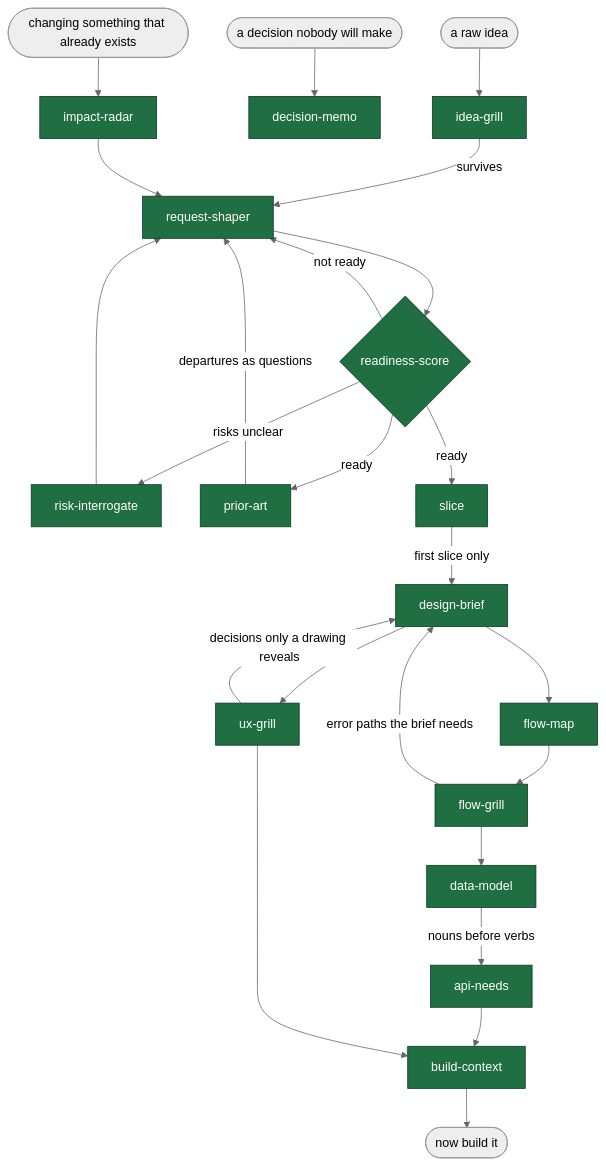
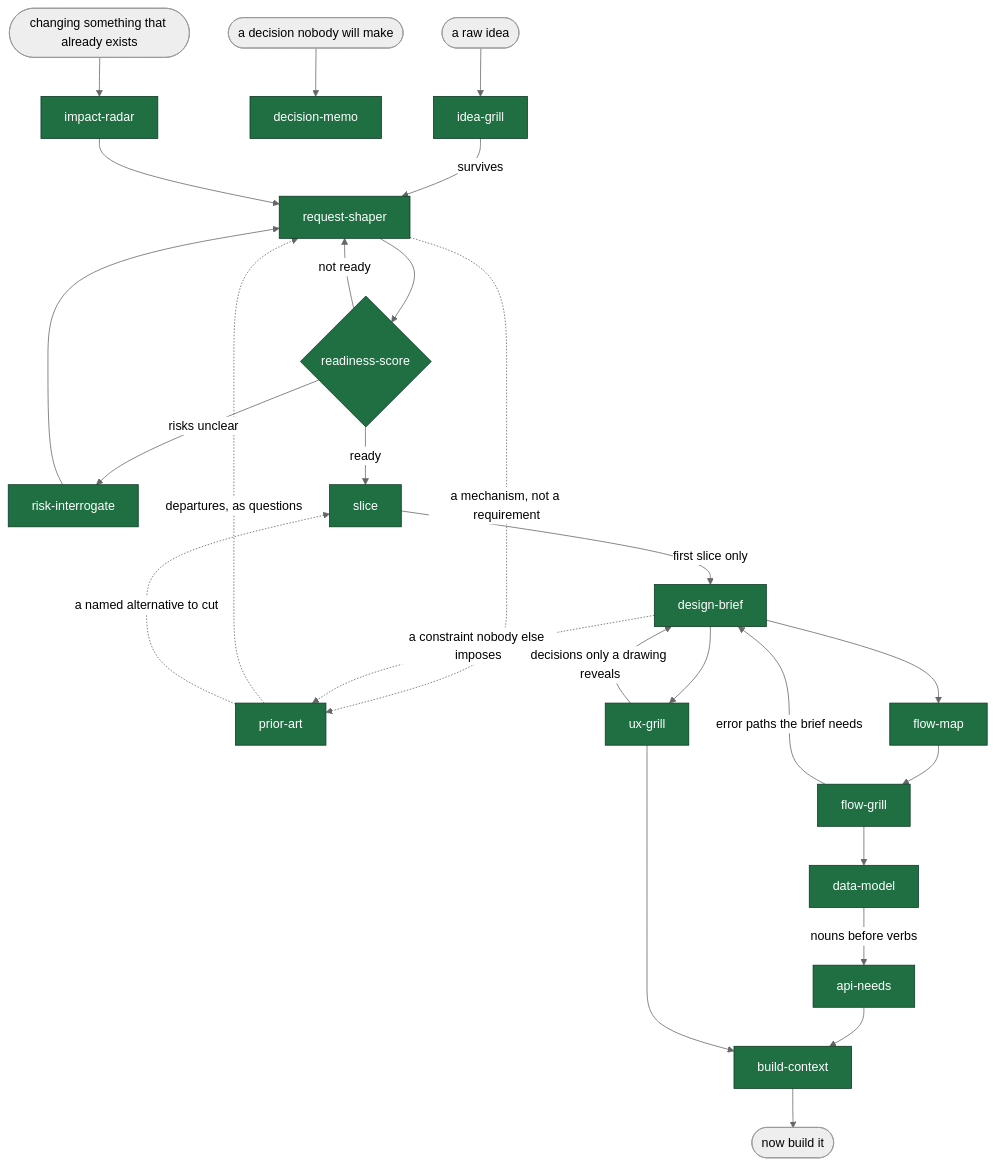
The diagram in README.md (ratipcan-uysal/before-you-build), drawn with Mermaid (neutral theme) before and after one commit. The commit also changed other lines of this file and 3 other files, not shown here.

First line of the commit message:
prior-art: say who calls it and where the output goes

````diff
--- a/README.md
+++ b/README.md
@@ -39,30 +40,32 @@
 ```mermaid
 flowchart TD
     idea([a raw idea]) --> IG[idea-grill]
     IG -->|survives| RS[request-shaper]
     RS --> SC{readiness-score}
     SC -->|not ready| RS
     SC -->|risks unclear| RI[risk-interrogate]
     RI --> RS
-    SC -->|ready| PA[prior-art]
-    PA -->|departures as questions| RS
     SC -->|ready| SL[slice]
     SL -->|first slice only| DB[design-brief]
+    RS -.->|a mechanism, not a requirement| PA[prior-art]
+    DB -.->|a constraint nobody else imposes| PA
+    PA -.->|departures, as questions| RS
+    PA -.->|a named alternative to cut| SL
     DB --> UX[ux-grill]
     UX -->|decisions only a drawing reveals| DB
     DB --> FM[flow-map]
     FM --> FG[flow-grill]
     FG -->|error paths the brief needs| DB
     FG --> DMO[data-model]
     DMO -->|nouns before verbs| AN[api-needs]
     AN --> BC[build-context]
     UX --> BC
     BC --> out([now build it])
     blocked([a decision nobody will make]) --> DM[decision-memo]
     change([changing something that already exists]) --> IR[impact-radar]
     IR --> RS
 
     classDef shipped fill:#1f6f43,stroke:#0d3a23,color:#fff
     classDef planned fill:#2b2b2b,stroke:#555,color:#bbb,stroke-dasharray:4 3
     class IG,RS,SC,PA,SL,RI,DB,UX,FM,FG,DMO,AN,BC,IR,DM shipped
 ```
````
